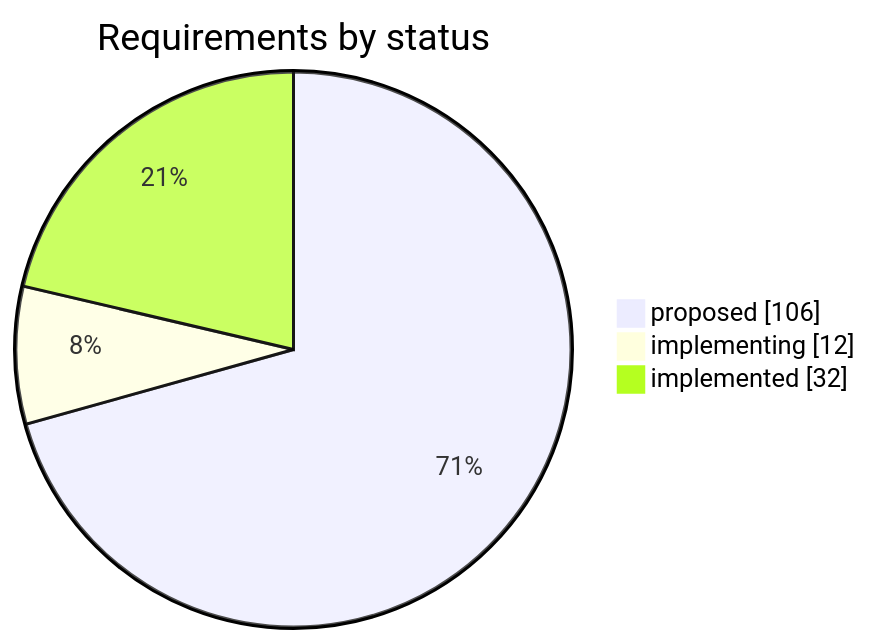
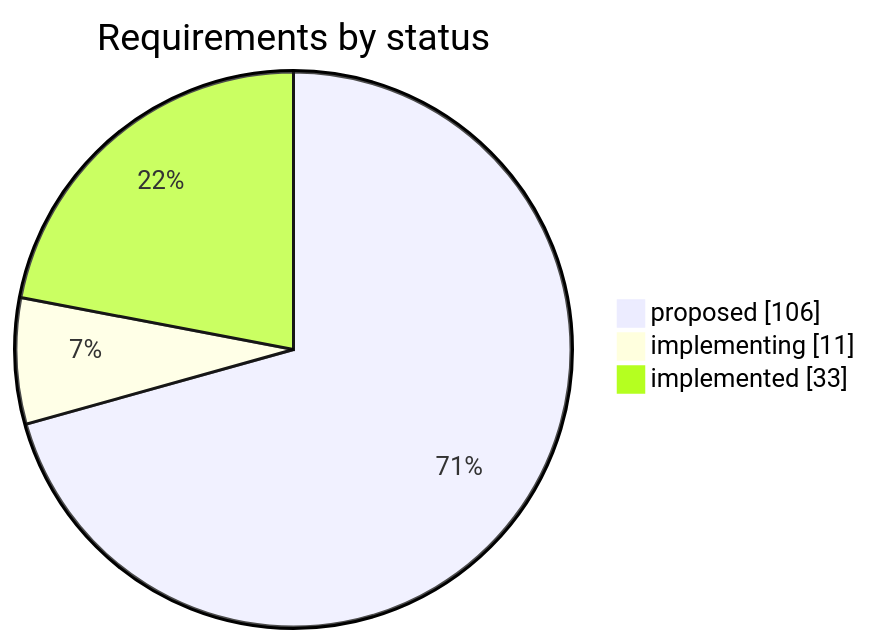
One commit to iammaxsu/automatic-testing-architecture changed the first of 2 diagrams in STATUS.md. Above: the diagram before and after it, drawn with Mermaid. The commit also changed other lines of this file and 9 other files, not shown here.

````diff
--- a/STATUS.md
+++ b/STATUS.md
@@ -25,6 +25,6 @@
 ```mermaid
 pie showData title Requirements by status
     "proposed" : 106
-    "implementing" : 12
-    "implemented" : 32
+    "implementing" : 11
+    "implemented" : 33
 ```
````
